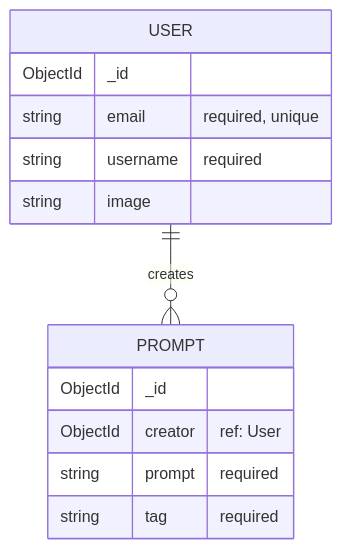
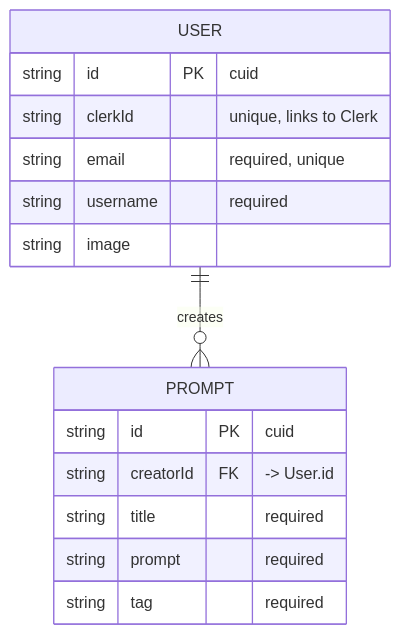
Before and after one commit to ammansoomro/prompt-o-phobia: the third of 3 diagrams in README.md, drawn with Mermaid. The commit also changed other lines of this file and 43 other files, not shown here.

````diff
--- a/README.md
+++ b/README.md
@@ -287,16 +322,18 @@
 ```mermaid
 erDiagram
     USER ||--o{ PROMPT : creates
     USER {
-        ObjectId _id
+        string id PK "cuid"
+        string clerkId "unique, links to Clerk"
         string email "required, unique"
         string username "required"
         string image
     }
     PROMPT {
-        ObjectId _id
-        ObjectId creator "ref: User"
+        string id PK "cuid"
+        string creatorId FK "-> User.id"
+        string title "required"
         string prompt "required"
         string tag "required"
     }
 ```
````
